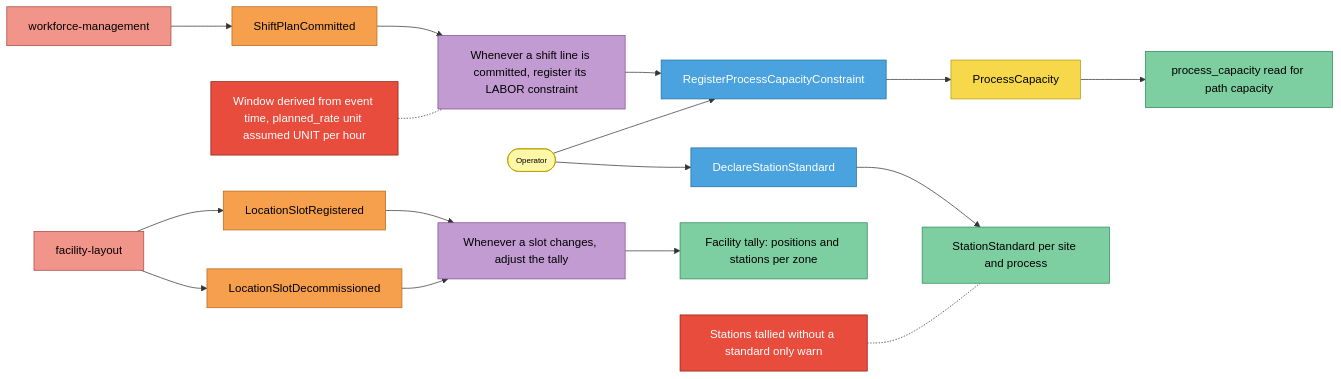
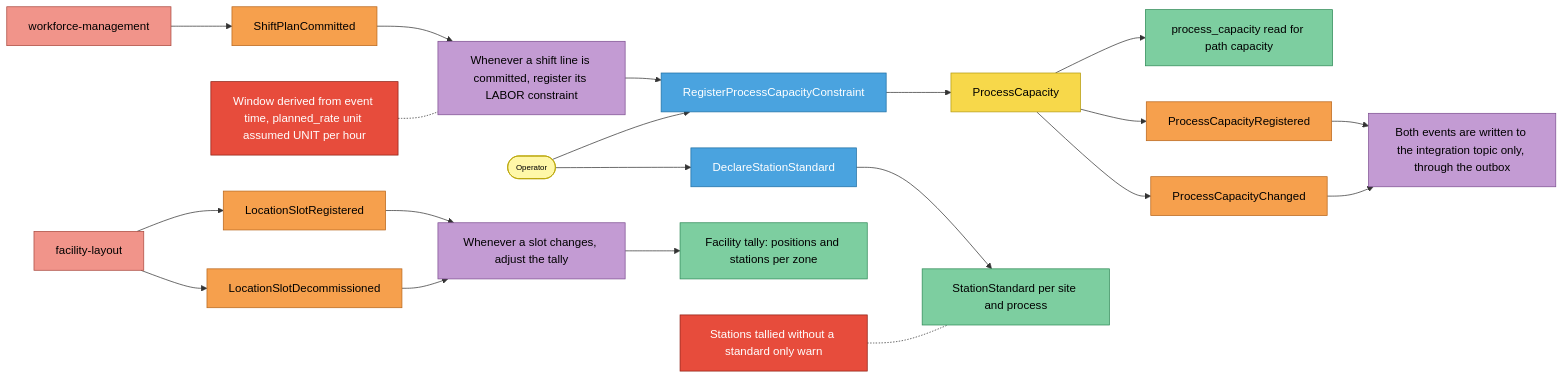
The second of 6 diagrams in docs/docs/ddd/eventstorming.md (IQVO/warehouse-planning), drawn with Mermaid before and after one commit. The commit also changed other lines of this file and 9 other files, not shown here.

````diff
--- a/docs/docs/ddd/eventstorming.md
+++ b/docs/docs/ddd/eventstorming.md
@@ -42,29 +42,33 @@
 ```mermaid
 flowchart LR
   WFM[workforce-management]:::external --> E1[ShiftPlanCommitted]:::event
   E1 --> P1[Whenever a shift line is committed, register its LABOR constraint]:::policy
   P1 --> C1[RegisterProcessCapacityConstraint]:::command
   OP([Operator]):::actor --> C1
   C1 --> A1[ProcessCapacity]:::aggregate
   A1 --> R1[process_capacity read for path capacity]:::readmodel
+  A1 --> E4[ProcessCapacityRegistered]:::event
+  A1 --> E5[ProcessCapacityChanged]:::event
+  E4 --> P3[Both events are written to the integration topic only, through the outbox]:::policy
+  E5 --> P3
   H1[Window derived from event time, planned_rate unit assumed UNIT per hour]:::hotspot -.- P1
 
   FL[facility-layout]:::external --> E2[LocationSlotRegistered]:::event
   FL --> E3[LocationSlotDecommissioned]:::event
   E2 --> P2[Whenever a slot changes, adjust the tally]:::policy
   E3 --> P2
   P2 --> R2[Facility tally: positions and stations per zone]:::readmodel
 
   OP --> C2[DeclareStationStandard]:::command
   C2 --> R3[StationStandard per site and process]:::readmodel
   H2[Stations tallied without a standard only warn]:::hotspot -.- R3
 
   classDef actor fill:#fff7a8,stroke:#b8a400,color:#000,font-size:11px
   classDef command fill:#4aa3df,stroke:#1f6fa3,color:#fff
   classDef aggregate fill:#f7d84a,stroke:#b39b12,color:#000
   classDef event fill:#f6a04d,stroke:#b8661c,color:#000
   classDef policy fill:#c39bd3,stroke:#7d4f91,color:#000
   classDef readmodel fill:#7dcea0,stroke:#2f8a57,color:#000
   classDef external fill:#f1948a,stroke:#a9483e,color:#000
   classDef hotspot fill:#e74c3c,stroke:#8e1f14,color:#fff
 ```
````
